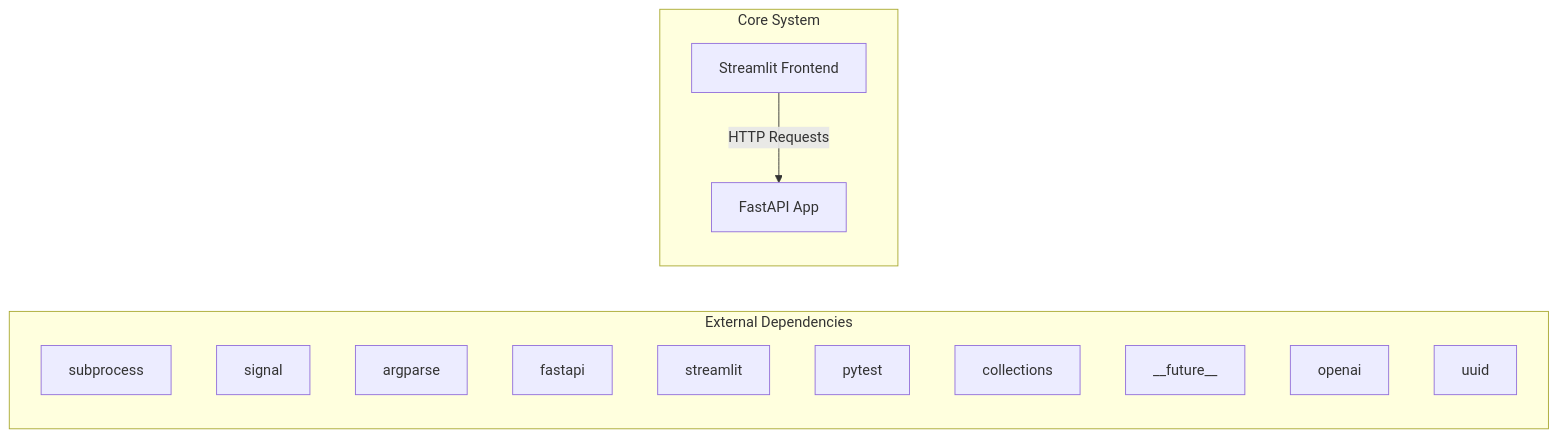
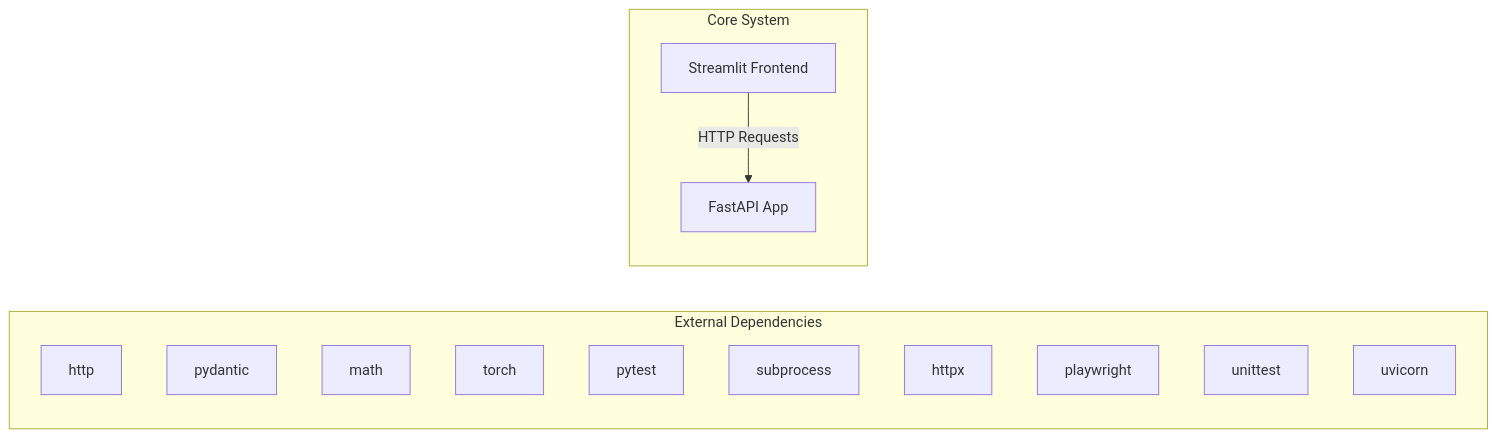
One commit to NITISH-R-G/rag-context-optimizer changed the first of 2 diagrams in docs/architecture.md. Above: the diagram before and after it, drawn with Mermaid. The commit also changed 1 other file, not shown here.

Commit message:
docs: auto-update repository knowledge, architecture diagrams, and documentation

````diff
--- a/docs/architecture.md
+++ b/docs/architecture.md
@@ -7,20 +7,20 @@
 ```mermaid
 graph LR
     subgraph External Dependencies
-        E0["subprocess"]
-        E1["signal"]
-        E2["argparse"]
-        E3["fastapi"]
-        E4["streamlit"]
-        E5["pytest"]
-        E6["collections"]
-        E7["__future__"]
-        E8["openai"]
-        E9["uuid"]
+        E0["http"]
+        E1["pydantic"]
+        E2["math"]
+        E3["torch"]
+        E4["pytest"]
+        E5["subprocess"]
+        E6["httpx"]
+        E7["playwright"]
+        E8["unittest"]
+        E9["uvicorn"]
     end
     subgraph Core System
         API["FastAPI App"]
         UI["Streamlit Frontend"]
     end
     UI -->|HTTP Requests| API
 ```
````
